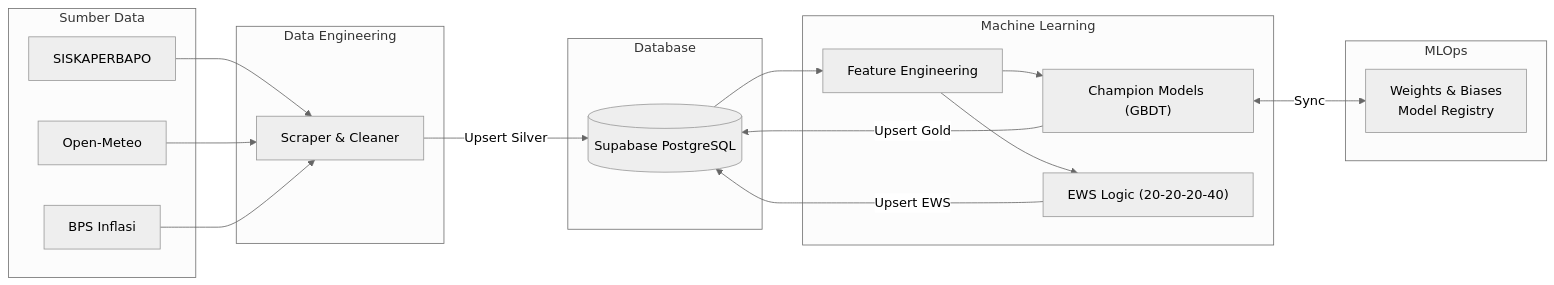
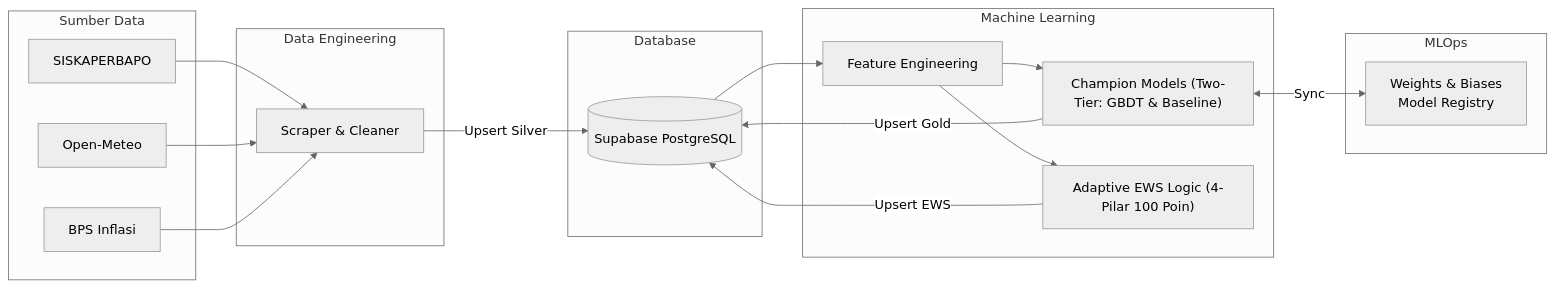
One commit to Arfiadi/hargawatch-surabaya changed the diagram in README.md. Above: the diagram before and after it, drawn with Mermaid (neutral theme). The commit also changed 23 other files, not shown here.

````diff
--- a/README.md
+++ b/README.md
@@ -28,32 +28,32 @@
 ```mermaid
 flowchart LR
     subgraph Sumber Data
         A[SISKAPERBAPO]
         C[Open-Meteo]
         E[BPS Inflasi]
     end
     subgraph Pipeline [Data Engineering]
         B[Scraper & Cleaner]
     end
     subgraph ML & Analytics [Machine Learning]
         M1[Feature Engineering]
-        M2["Champion Models (GBDT)"]
-        M3["EWS Logic (20-20-20-40)"]
+        M2["Champion Models (Two-Tier: GBDT & Baseline)"]
+        M3["Adaptive EWS Logic (4-Pilar 100 Poin)"]
     end
     subgraph MLOps
         W["Weights & Biases<br>Model Registry"]
     end
     subgraph Database
         H[(Supabase PostgreSQL)]
     end
     A --> B
     C --> B
     E --> B
     B -->|Upsert Silver| H
     H --> M1
     M1 --> M2
     M1 --> M3
     M2 <-->|Sync| W
     M2 -->|Upsert Gold| H
     M3 -->|Upsert EWS| H
 ```
````
